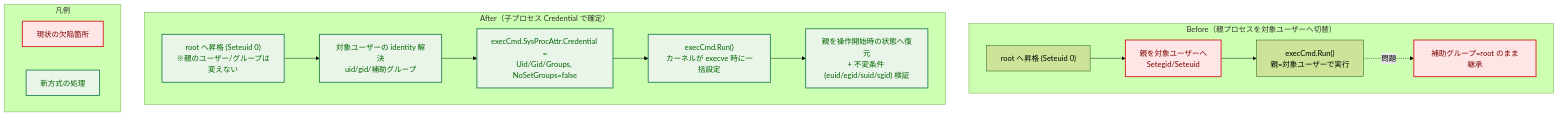
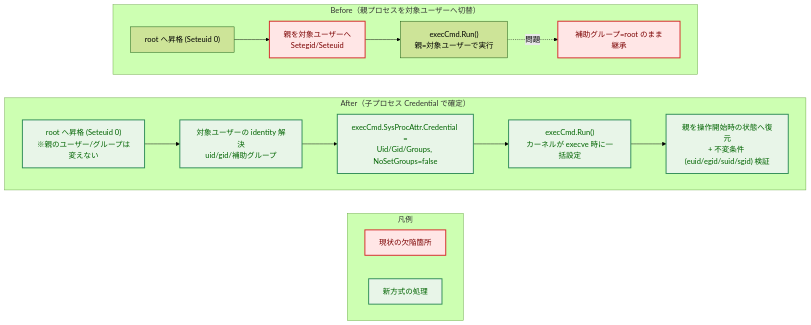
One commit to isseis/go-safe-cmd-runner changed the third of 8 diagrams in docs/tasks/0146_security_hardning/02_architecture.md. Above: the diagram before and after it, drawn with Mermaid (forest theme). The commit also changed other lines of this file and 1 other file, not shown here.

````diff
--- a/docs/tasks/0146_security_hardning/02_architecture.md
+++ b/docs/tasks/0146_security_hardning/02_architecture.md
@@ -202,30 +207,35 @@
 ```mermaid
-flowchart TD
+flowchart TB
     classDef enhanced fill:#e8f5e8,stroke:#2e8b57,stroke-width:2px,color:#006400;
     classDef problem fill:#ffe6e6,stroke:#d62728,stroke-width:2px,color:#7b0000;
 
     subgraph Before["Before（親プロセスを対象ユーザーへ切替）"]
+        direction LR
         B1["root へ昇格 (Seteuid 0)"]
         B2["親を対象ユーザーへ<br>Setegid/Seteuid"]
         B3["execCmd.Run()<br>親=対象ユーザーで実行"]
         B4["補助グループ=root のまま継承"]
         B1 --> B2 --> B3
         B3 -.->|"問題"| B4
         class B2,B4 problem
     end
 
     subgraph After["After（子プロセス Credential で確定）"]
+        direction LR
         A1["root へ昇格 (Seteuid 0)<br>※親のユーザー/グループは変えない"]
         A2["対象ユーザーの identity 解決<br>uid/gid/補助グループ"]
         A3["execCmd.SysProcAttr.Credential =<br>Uid/Gid/Groups, NoSetGroups=false"]
         A4["execCmd.Run()<br>カーネルが execve 時に一括設定"]
         A5["親を操作開始時の状態へ復元<br>+ 不変条件 (euid/egid/suid/sgid) 検証"]
         A1 --> A2 --> A3 --> A4 --> A5
         class A1,A2,A3,A4,A5 enhanced
     end
 
     subgraph Legend["凡例"]
+        direction LR
         LP["現状の欠陥箇所"]:::problem
         LE["新方式の処理"]:::enhanced
     end
+
+    Before ~~~ After ~~~ Legend
 ```
````
